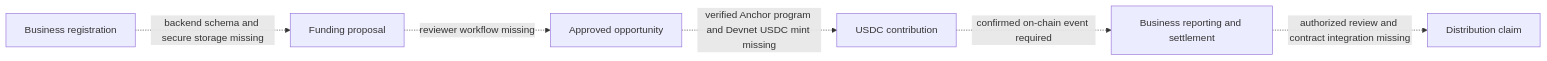
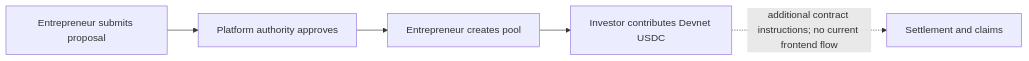
Before and after one commit to mooncreditfi/mooncreditfi-main: the fourth of 4 diagrams in frontend/README.md, drawn with Mermaid. The commit also changed other lines of this file and 32 other files, not shown here.

````diff
--- a/frontend/README.md
+++ b/frontend/README.md
@@ -108,8 +108,7 @@
 ```mermaid
 flowchart LR
-  Business[Business registration] -. backend schema and secure storage missing .-> Proposal[Funding proposal]
-  Proposal -. reviewer workflow missing .-> Approved[Approved opportunity]
-  Approved -. verified Anchor program and Devnet USDC mint missing .-> Contribution[USDC contribution]
-  Contribution -. confirmed on-chain event required .-> Reporting[Business reporting and settlement]
-  Reporting -. authorized review and contract integration missing .-> Claim[Distribution claim]
+  Proposal[Entrepreneur submits proposal] --> Review[Platform authority approves]
+  Review --> Pool[Entrepreneur creates pool]
+  Pool --> Contribution[Investor contributes Devnet USDC]
+  Contribution -. additional contract instructions; no current frontend flow .-> Settlement[Settlement and claims]
 ```
````
